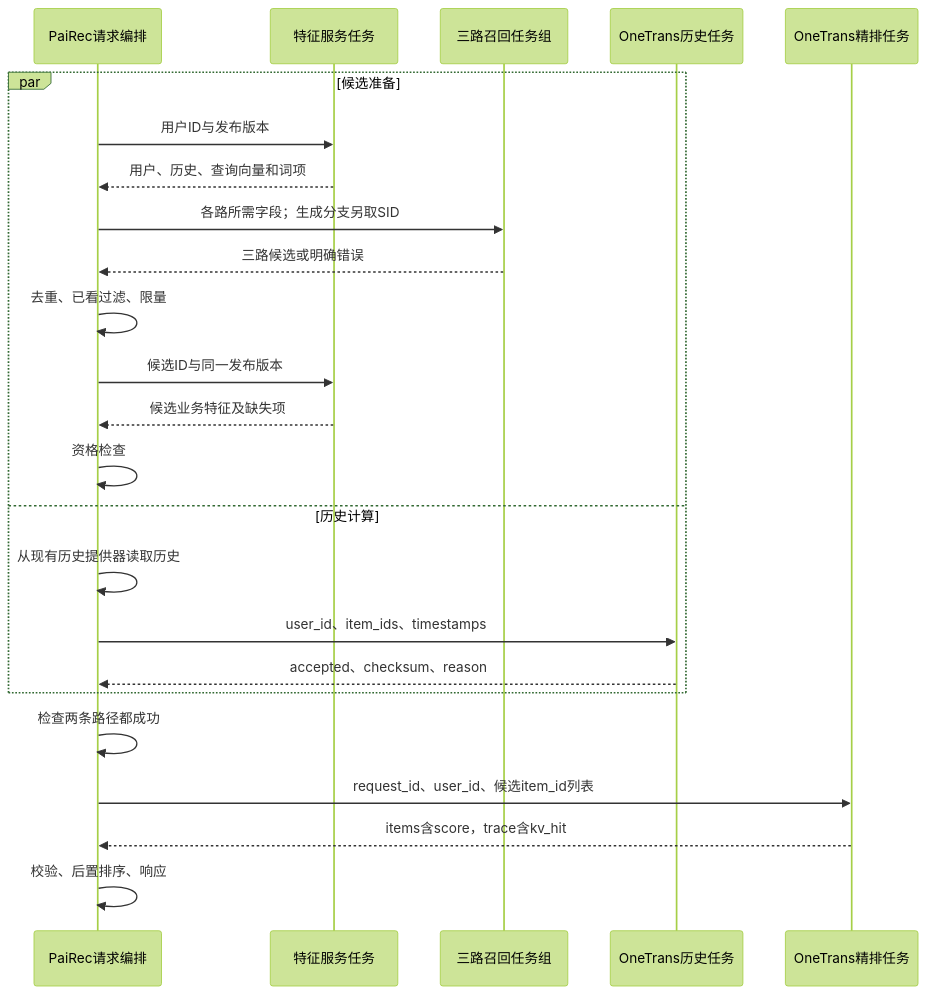
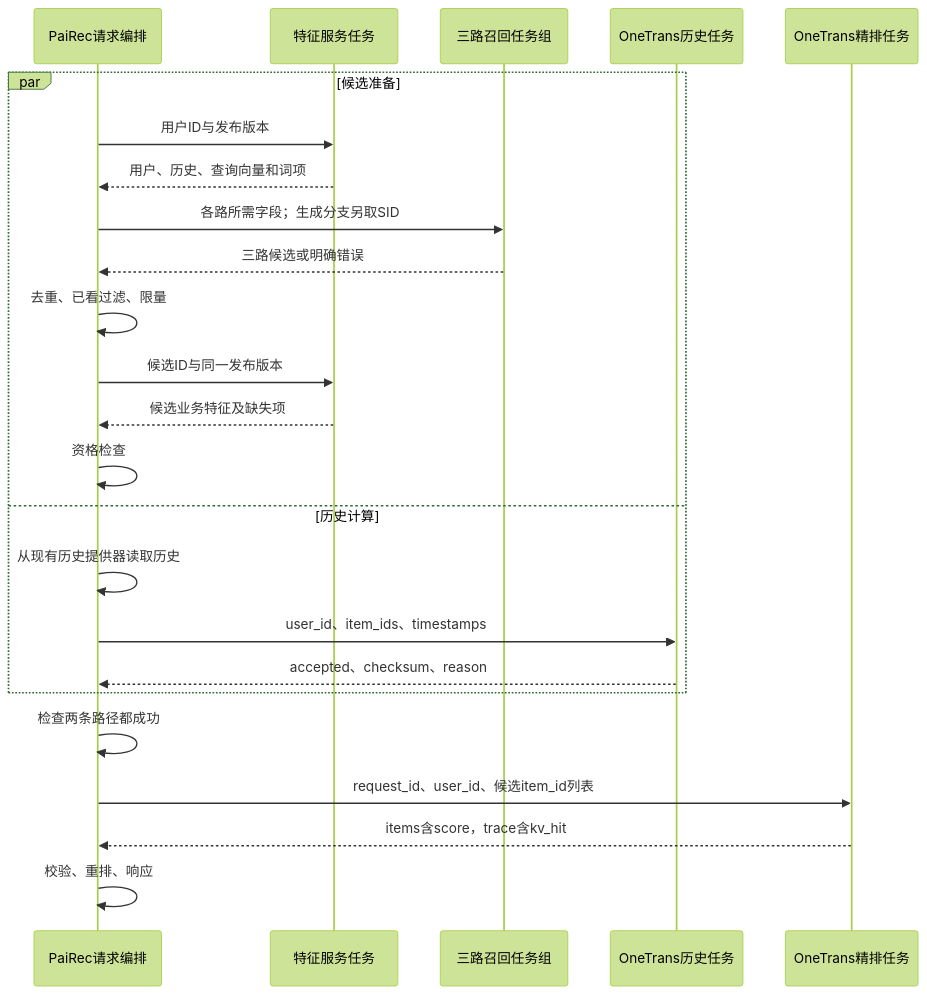
Before and after one commit to bitianyuan123/docs: the diagram in diagrams/03_pairec_orchestration_04.mmd, drawn with Mermaid (forest theme). The commit also changed 84 other files, not shown here.

```diff
--- a/diagrams/03_pairec_orchestration_04.mmd
+++ b/diagrams/03_pairec_orchestration_04.mmd
@@ -1,24 +1,24 @@
 sequenceDiagram
     participant P as PaiRec请求编排
     participant F as 特征服务任务
     participant R as 三路召回任务组
     participant H as OneTrans历史任务
     participant D as OneTrans精排任务
     par 候选准备
         P->>F: 用户ID与发布版本
         F-->>P: 用户、历史、查询向量和词项
         P->>R: 各路所需字段；生成分支另取SID
         R-->>P: 三路候选或明确错误
         P->>P: 去重、已看过滤、限量
         P->>F: 候选ID与同一发布版本
         F-->>P: 候选业务特征及缺失项
         P->>P: 资格检查
     and 历史计算
         P->>P: 从现有历史提供器读取历史
         P->>H: user_id、item_ids、timestamps
         H-->>P: accepted、checksum、reason
     end
     P->>P: 检查两条路径都成功
     P->>D: request_id、user_id、候选item_id列表
     D-->>P: items含score，trace含kv_hit
-    P->>P: 校验、后置排序、响应
+    P->>P: 校验、重排、响应
```
